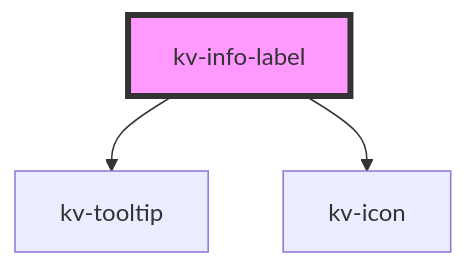
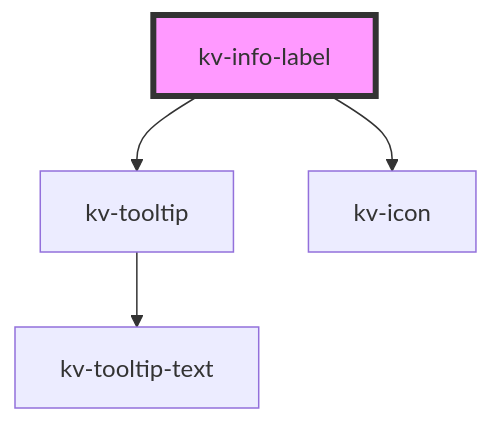
Before and after one commit to kelvininc/ui-components: the diagram in packages/ui-components/src/components/info-label/readme.md, drawn with Mermaid. The commit also changed 31 other files, not shown here.

````diff
--- a/packages/ui-components/src/components/info-label/readme.md
+++ b/packages/ui-components/src/components/info-label/readme.md
@@ -107,6 +107,7 @@
 ```mermaid
 graph TD;
   kv-info-label --> kv-tooltip
   kv-info-label --> kv-icon
+  kv-tooltip --> kv-tooltip-text
   style kv-info-label fill:#f9f,stroke:#333,stroke-width:4px
 ```
````
